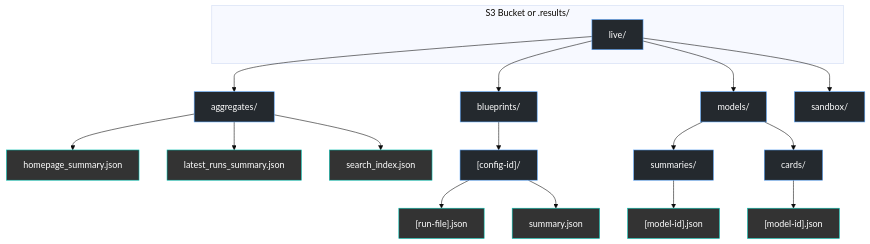
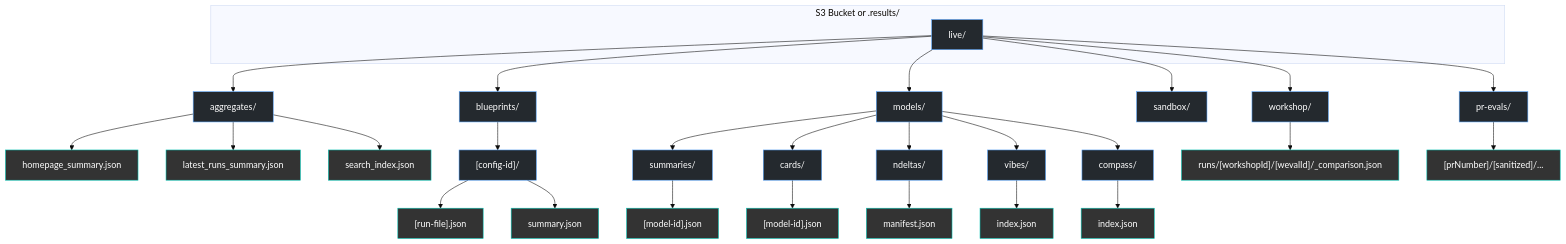
The third of 4 diagrams in docs/ARCHITECTURE.md (weval-org/app), drawn with Mermaid (base theme) before and after one commit. The commit also changed other lines of this file, not shown here.

Commit message:
docs: Refine descriptions of automated and interactive workflows, and improve storage architecture section with new data organization insights.

````diff
--- a/docs/ARCHITECTURE.md
+++ b/docs/ARCHITECTURE.md
@@ -95,29 +101,40 @@
 ```mermaid
 graph TD;
     subgraph S3 Bucket or .results/
         A["live/"]
     end
 
     A --> B["aggregates/"];
     A --> C["blueprints/"];
     A --> D["models/"];
     A --> E["sandbox/"];
+    A --> W["workshop/"];
+    A --> P["pr-evals/"];
 
     B --> B1["homepage_summary.json"];
     B --> B2["latest_runs_summary.json"];
     B --> B3["search_index.json"];
 
     C --> C1["[config-id]/"];
     C1 --> C2["[run-file].json"];
     C1 --> C3["summary.json"];
 
     D --> D1["summaries/"];
     D --> D2["cards/"];
+    D --> D3["ndeltas/"];
+    D --> D4["vibes/"];
+    D --> D5["compass/"];
     D1 --> D1a["[model-id].json"];
     D2 --> D2a["[model-id].json"];
+    D3 --> D3a["manifest.json"];
+    D4 --> D4a["index.json"];
+    D5 --> D5a["index.json"];
+
+    W --> W1["runs/[workshopId]/[wevalId]/_comparison.json"];
+    P --> P1["[prNumber]/[sanitized]/..."];
 
     classDef dir fill:#24292e,stroke:#58a6ff,stroke-width:1px,color:#fff;
     classDef file fill:#333,stroke:#00c7b7,stroke-width:1px,color:#fff;
-    class A,B,C,D,E,C1,D1,D2 dir;
-    class B1,B2,B3,C2,C3,D1a,D2a file;
+    class A,B,C,D,E,W,P,C1,D1,D2,D3,D4,D5 dir;
+    class B1,B2,B3,C2,C3,D1a,D2a,D3a,D4a,D5a,W1,P1 file;
 ```
````
